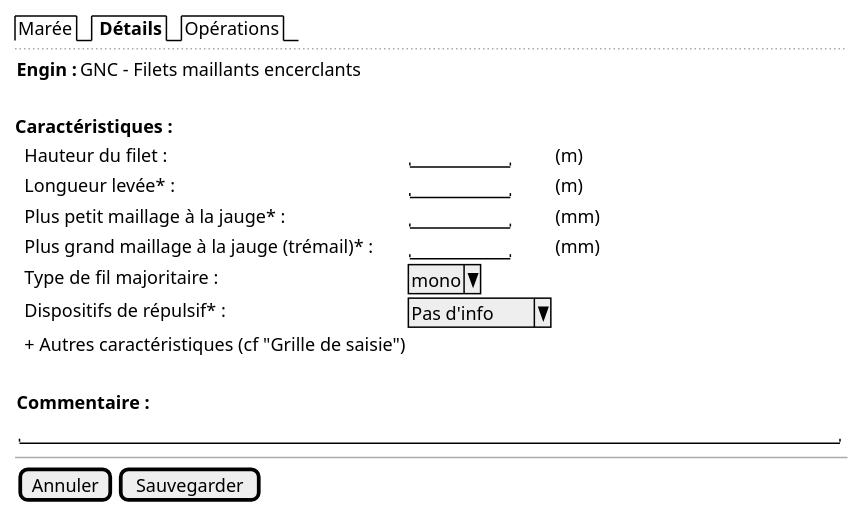
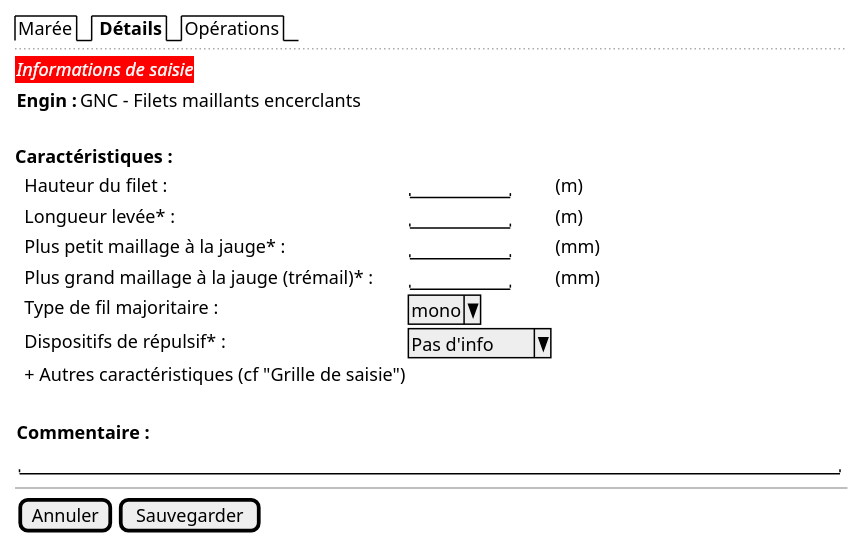
The diagram in projects/obsmer/spe/images/gear.puml (sumaris-net/sumaris-doc), drawn with PlantUML before and after one commit. The commit also changed 3 other files, not shown here.

```diff
--- a/projects/obsmer/spe/images/gear.puml
+++ b/projects/obsmer/spe/images/gear.puml
@@ -1,34 +1,38 @@
 @startsalt
 {
 
   {/ | Marée | <b> Détails | Opérations }
   ..
+
+     {
+         <back:red><font color=white><i>Informations de saisie
+     }
 
     {
        <b>Engin : | GNC - Filets maillants encerclants
     }
   .
     <b>Caractéristiques :
     {
       . | Hauteur du filet : |  "        "  | (m)
       . | Longueur levée* : |  "        "  | (m)
       . | Plus petit maillage à la jauge* : |  "        "  | (mm)
       . | Plus grand maillage à la jauge (trémail)* : |  "        "  | (mm)
       . | Type de fil majoritaire : | ^mono^
       . | Dispositifs de répulsif* : | ^Pas d'info^
       . | + Autres caractéristiques (cf "Grille de saisie")
     }
   .
     {
         <b>Commentaire :
 
         { "                                                                    "}
     }
 
   --
 
   {
     [Annuler] | [Sauvegarder]
   }
 }
 @endsalt
```
